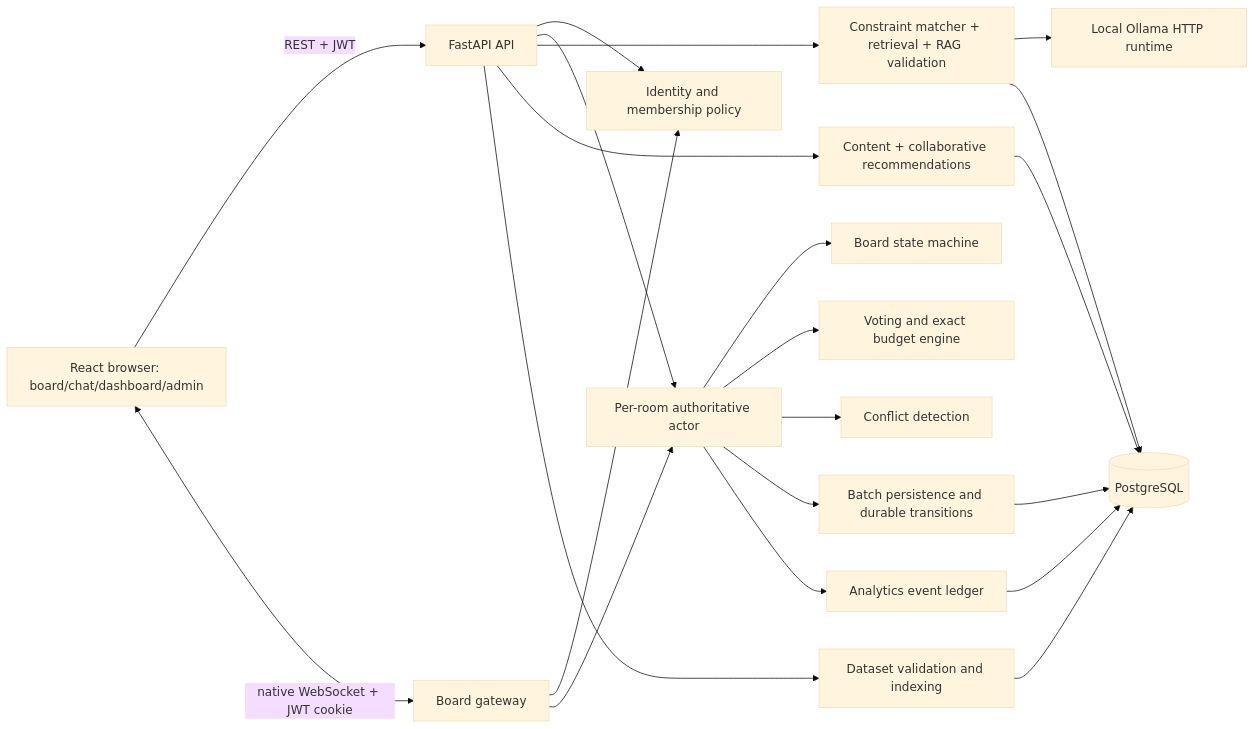
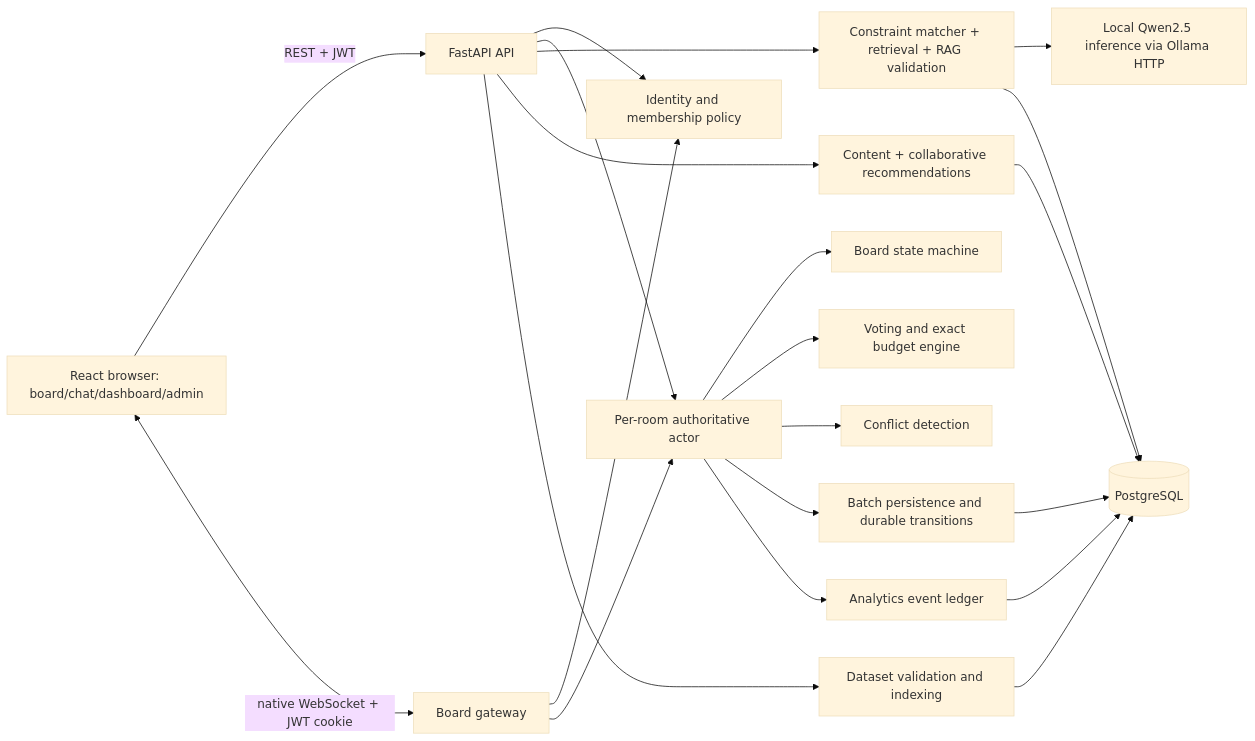
One commit to laozhej/TripSync-AI-Real-Time-Collaborative-Travel-Planning changed the first of 2 diagrams in docs/ARCHITECTURE.md. Above: the diagram before and after it, drawn with Mermaid (base theme). The commit also changed other lines of this file and 20 other files, not shown here.

````diff
--- a/docs/ARCHITECTURE.md
+++ b/docs/ARCHITECTURE.md
@@ -9,23 +9,23 @@
 ```mermaid
 flowchart LR
   UI[React browser: board/chat/dashboard/admin] -->|REST + JWT| API[FastAPI API]
   UI <-->|native WebSocket + JWT cookie| GW[Board gateway]
   API --> AUTH[Identity and membership policy]
   GW --> AUTH
   API --> ROOM[Per-room authoritative actor]
   GW --> ROOM
   ROOM --> BOARD[Board state machine]
   ROOM --> VOTE[Voting and exact budget engine]
   ROOM --> CHECK[Conflict detection]
   API --> AI[Constraint matcher + retrieval + RAG validation]
-  AI --> MODEL[Local Ollama HTTP runtime]
+  AI --> MODEL[Local Qwen2.5 inference via Ollama HTTP]
   API --> REC[Content + collaborative recommendations]
   API --> INGEST[Dataset validation and indexing]
   ROOM --> FLUSH[Batch persistence and durable transitions]
   FLUSH --> DB[(PostgreSQL)]
   AI --> DB
   REC --> DB
   INGEST --> DB
   ROOM --> LOG[Analytics event ledger]
   LOG --> DB
 ```
````
